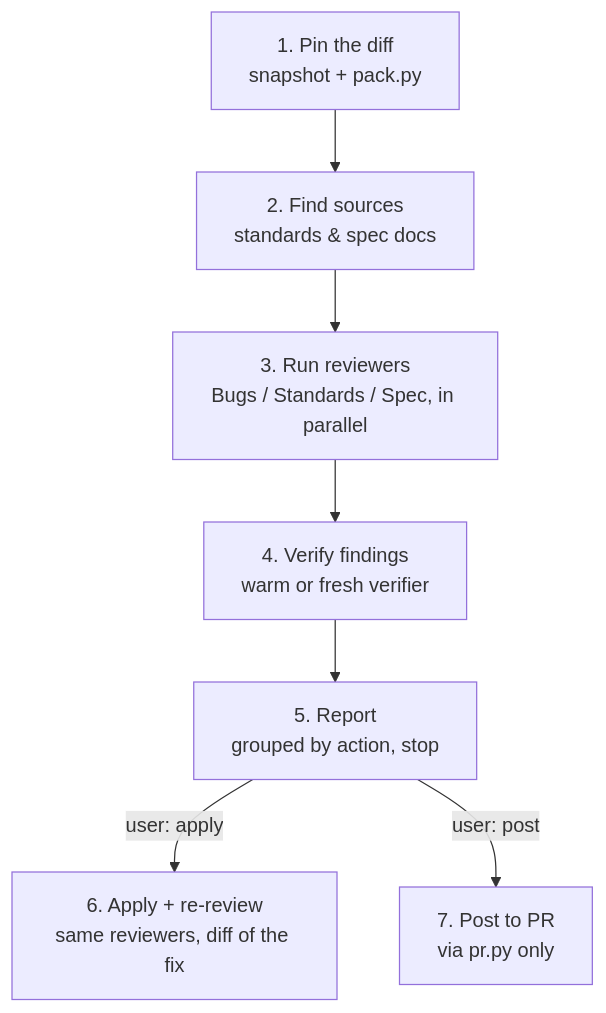
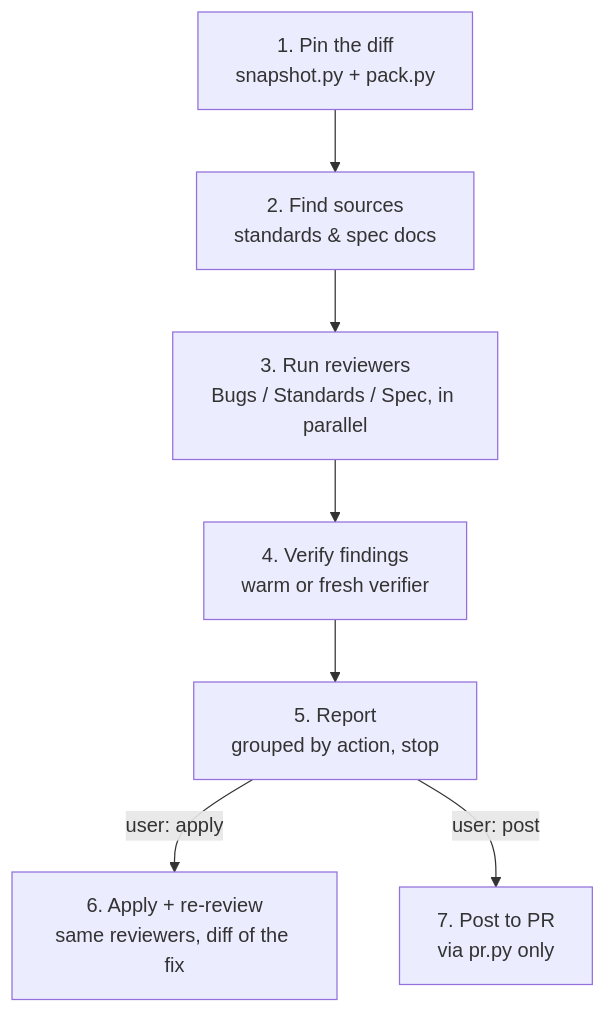
Before and after one commit to jimmy-guzman/skills: the first of 3 diagrams in docs/review-changes.md, drawn with Mermaid. The commit also changed other lines of this file and 9 other files, not shown here.

````diff
--- a/docs/review-changes.md
+++ b/docs/review-changes.md
@@ -27,9 +27,9 @@
 ```mermaid
 flowchart TD
-    A["1. Pin the diff<br/>snapshot + pack.py"] --> B["2. Find sources<br/>standards & spec docs"]
+    A["1. Pin the diff<br/>snapshot.py + pack.py"] --> B["2. Find sources<br/>standards & spec docs"]
     B --> C["3. Run reviewers<br/>Bugs / Standards / Spec, in parallel"]
     C --> D["4. Verify findings<br/>warm or fresh verifier"]
     D --> E["5. Report<br/>grouped by action, stop"]
     E -->|"user: apply"| F["6. Apply + re-review<br/>same reviewers, diff of the fix"]
     E -->|"user: post"| G["7. Post to PR<br/>via pr.py only"]
 ```
````
